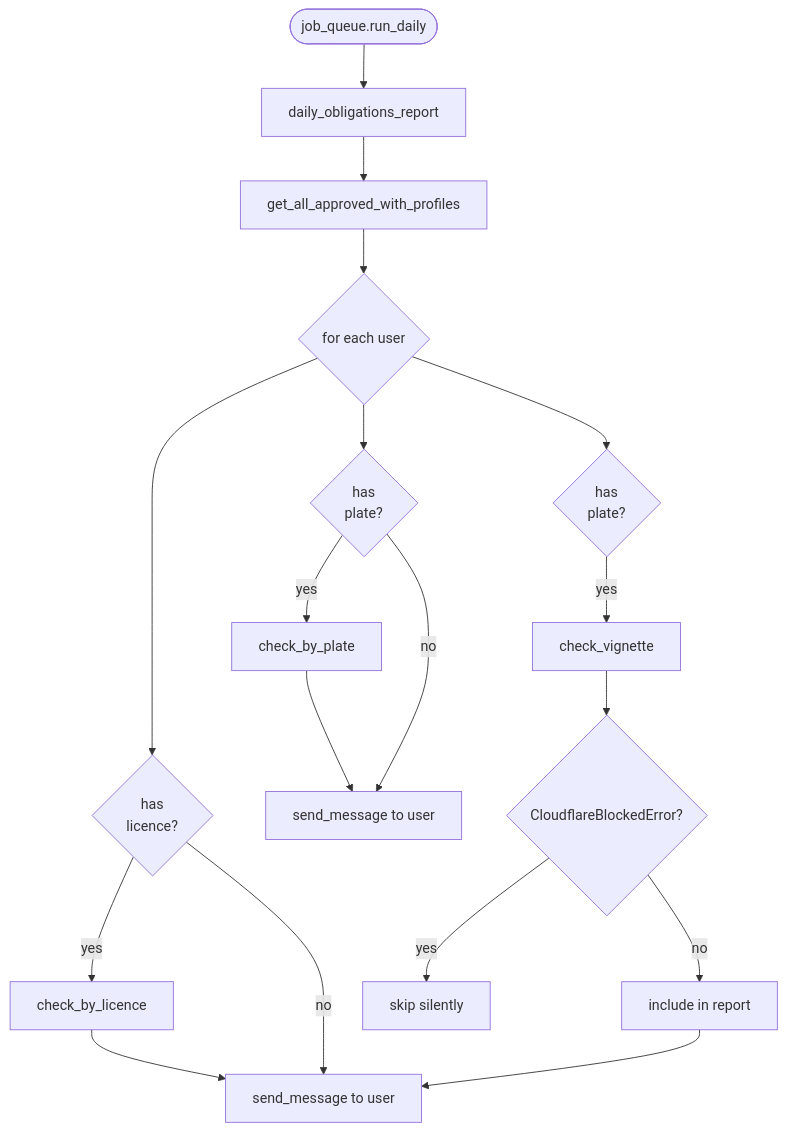
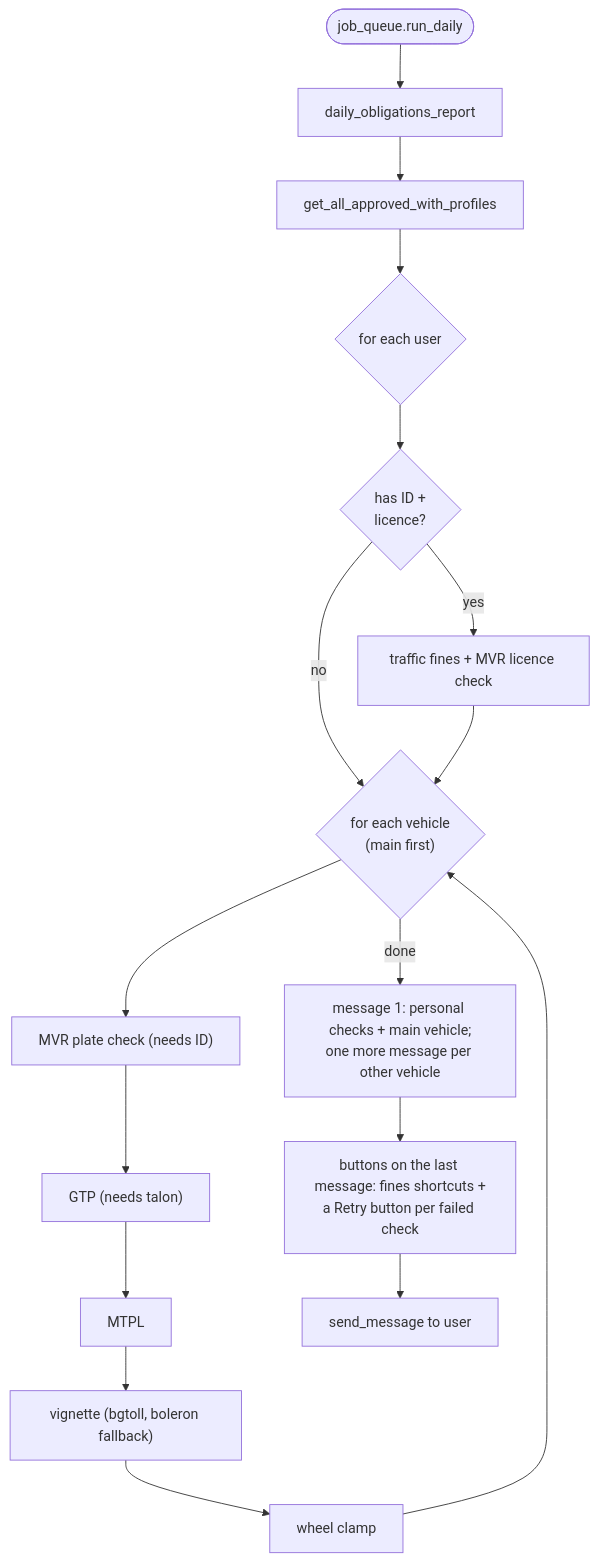
Before and after one commit to SecDevOpsPro/notify-telegram-bot: the eighth of 9 diagrams in docs/plan.md, drawn with Mermaid. The commit also changed other lines of this file and 21 other files, not shown here.

````diff
--- a/docs/plan.md
+++ b/docs/plan.md
@@ -219,20 +258,19 @@
 ```mermaid
 flowchart TD
-    T([job_queue.run_daily]) --> J[daily_obligations_report]
-    J --> Q[get_all_approved_with_profiles]
-    Q --> L{for each user}
-    L --> M{has\nlicence?}
-    M -- yes --> N[check_by_licence]
-    M -- no --> O
-    L --> P{has\nplate?}
-    P -- yes --> R[check_by_plate]
-    P -- no --> S
-    L --> V{has\nplate?}
-    V -- yes --> W[check_vignette]
-    W --> X{CloudflareBlockedError?}
-    X -- yes --> Y[skip silently]
-    X -- no --> Z[include in report]
-    N --> O[send_message to user]
-    R --> S[send_message to user]
-    Z --> O
+    T(["job_queue.run_daily"]) --> J["daily_obligations_report"]
+    J --> Q["get_all_approved_with_profiles"]
+    Q --> U{"for each user"}
+    U --> LIC{"has ID +<br/>licence?"}
+    LIC -- yes --> F["traffic fines + MVR licence check"]
+    LIC -- no --> V
+    F --> V{"for each vehicle<br/>(main first)"}
+    V --> P["MVR plate check (needs ID)"]
+    P --> G["GTP (needs talon)"]
+    G --> M["MTPL"]
+    M --> VI["vignette (bgtoll, boleron fallback)"]
+    VI --> C["wheel clamp"]
+    C --> V
+    V -- done --> R["message 1: personal checks + main vehicle;<br/>one more message per other vehicle"]
+    R --> K["buttons on the last message: fines shortcuts +<br/>a Retry button per failed check"]
+    K --> S["send_message to user"]
 ```
````
